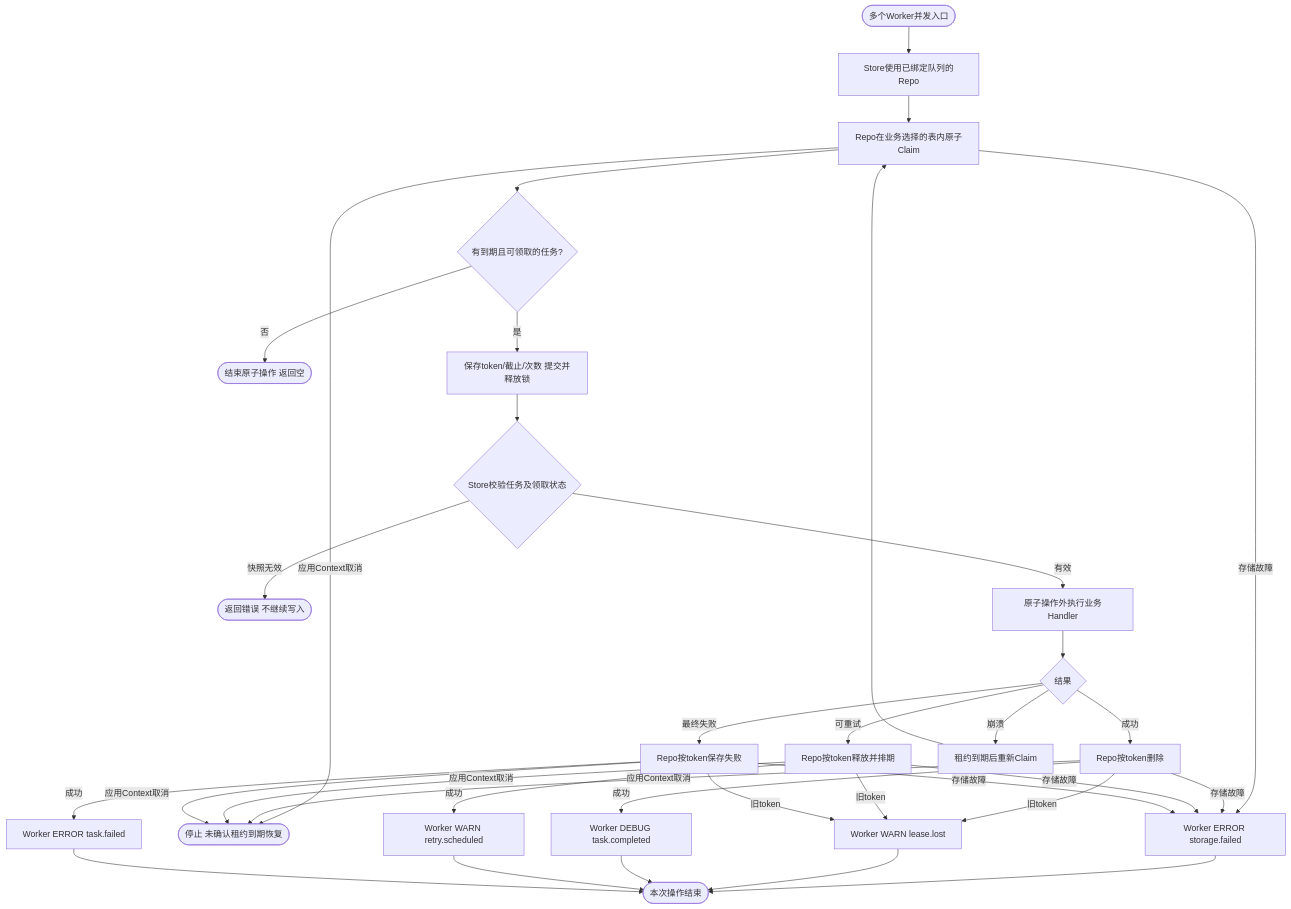
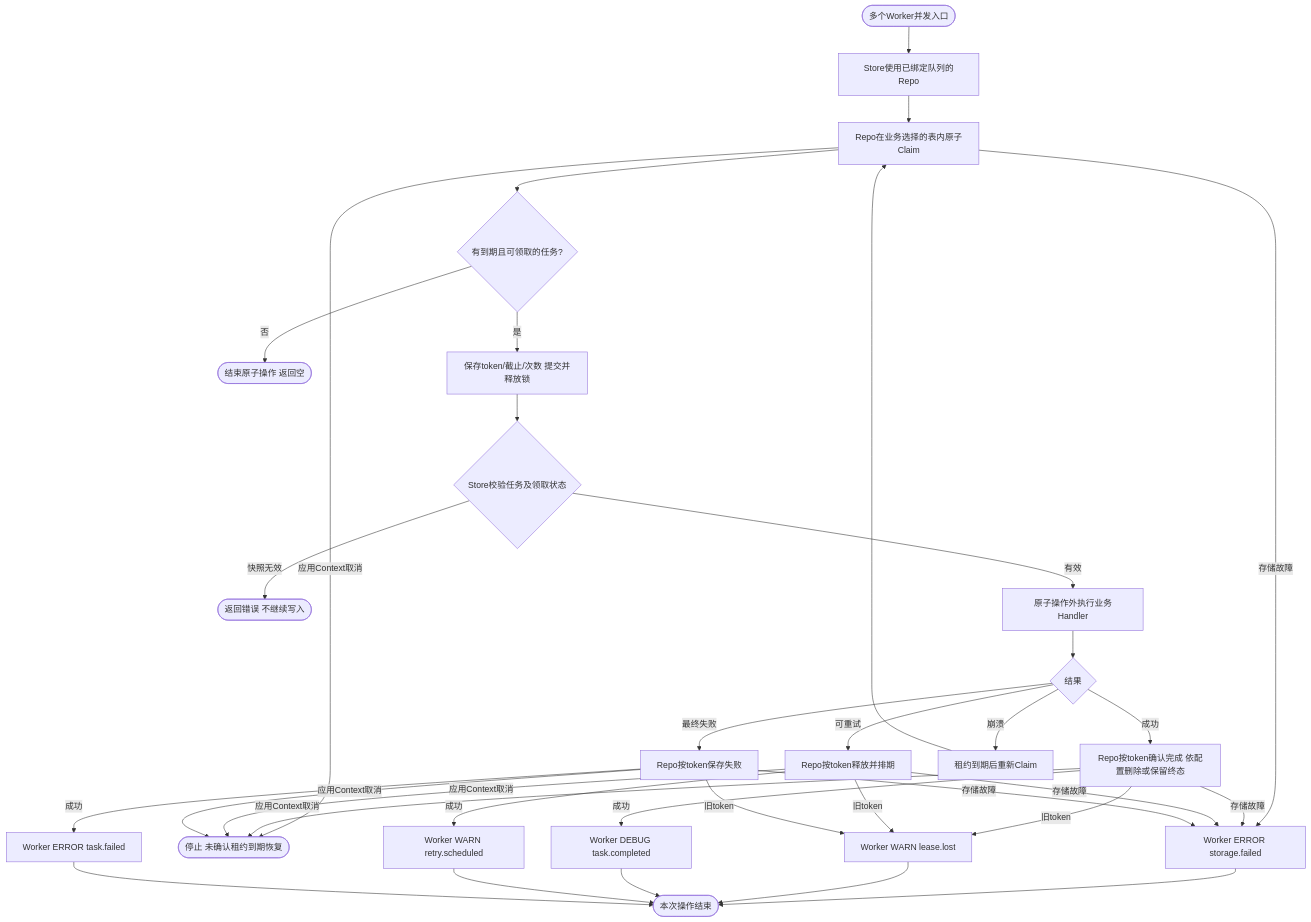
Before and after one commit to jaggerzhuang1994/kratos-foundation: the second of 2 diagrams in contrib/queue/database/README.md, drawn with Mermaid. The commit also changed other lines of this file and 22 other files, not shown here.

````diff
--- a/contrib/queue/database/README.md
+++ b/contrib/queue/database/README.md
@@ -134,24 +134,24 @@
 ```mermaid
 flowchart TD
     A([多个Worker并发入口]) --> B[Store使用已绑定队列的Repo]
     B --> C[Repo在业务选择的表内原子Claim]
     C --> D{有到期且可领取的任务?}
     D -- 否 --> E([结束原子操作 返回空])
     D -- 是 --> F[保存token/截止/次数 提交并释放锁]
     F --> G{Store校验任务及领取状态}
     G -- 快照无效 --> H([返回错误 不继续写入])
     G -- 有效 --> J[原子操作外执行业务Handler]
     J --> K{结果}
-    K -- 成功 --> L[Repo按token删除]
+    K -- 成功 --> L[Repo按token确认完成 依配置删除或保留终态]
     K -- 可重试 --> M[Repo按token释放并排期]
     K -- 最终失败 --> N[Repo按token保存失败]
     K -- 崩溃 --> O[租约到期后重新Claim]
     O --> C
     C & L & M & N -- 存储故障 --> P[Worker ERROR storage.failed]
     C & L & M & N -- 应用Context取消 --> U([停止 未确认租约到期恢复])
     L & M & N -- 旧token --> Q[Worker WARN lease.lost]
     L -- 成功 --> R[Worker DEBUG task.completed]
     M -- 成功 --> S[Worker WARN retry.scheduled]
     N -- 成功 --> T[Worker ERROR task.failed]
     P & Q & R & S & T --> Z([本次操作结束])
 ```
````
